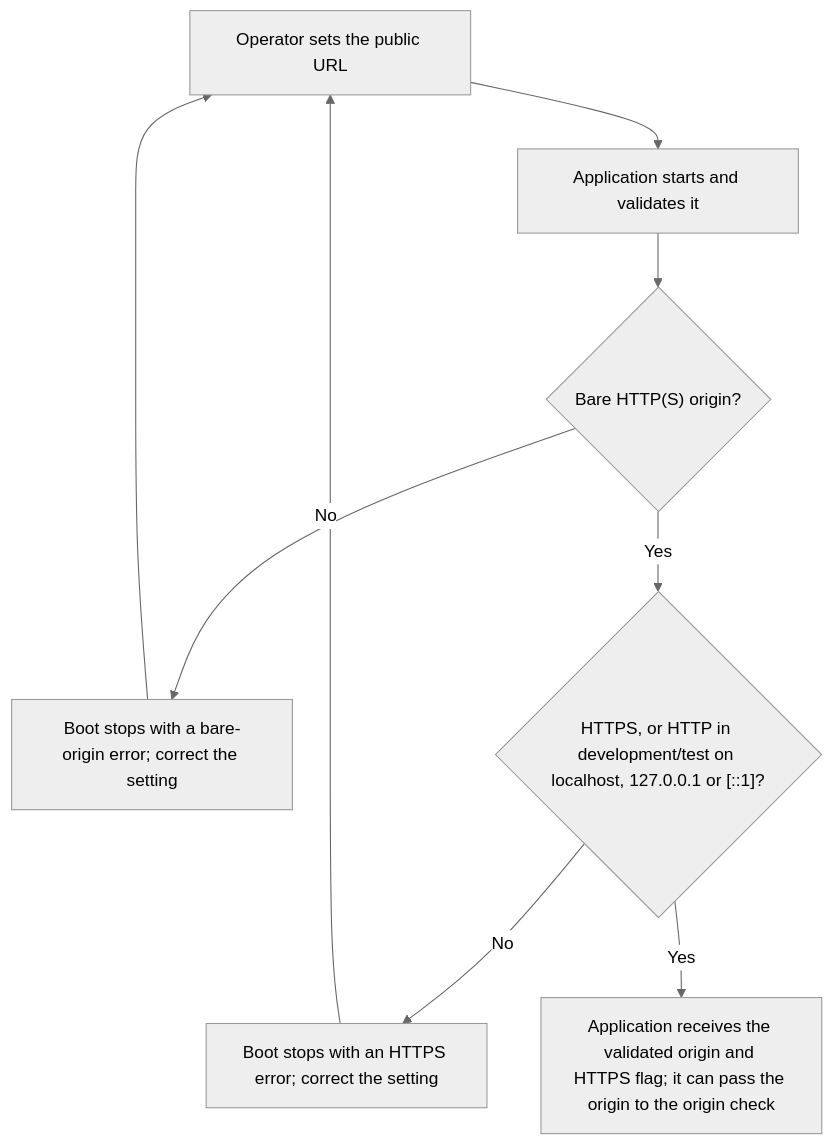
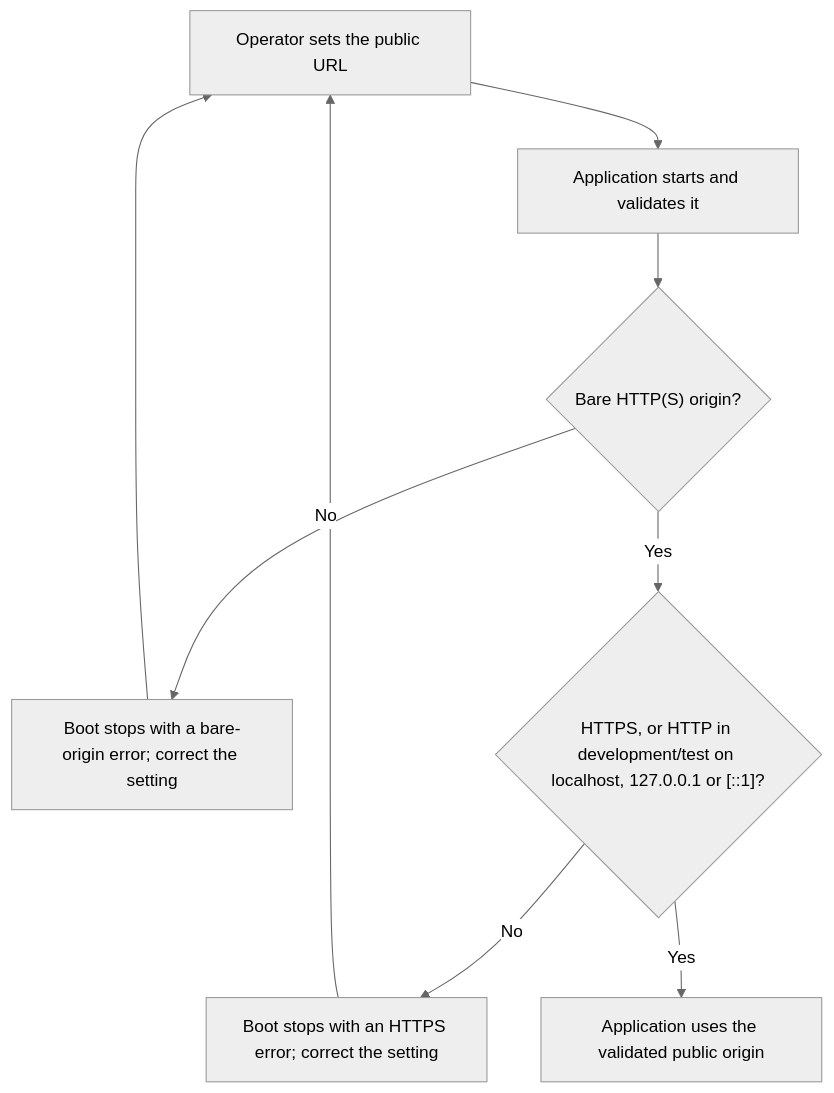
One commit to Kevinjohn/oss-adonisjs-origin-guard changed the first of 2 diagrams in user-stories/US-ORIGIN-02-validate-public-origin.md. Above: the diagram before and after it, drawn with Mermaid (neutral theme). The commit also changed other lines of this file and 39 other files, not shown here.

````diff
--- a/user-stories/US-ORIGIN-02-validate-public-origin.md
+++ b/user-stories/US-ORIGIN-02-validate-public-origin.md
@@ -30,11 +30,11 @@
 ```mermaid
 flowchart TD
     A["Operator sets the public URL"] --> B["Application starts and validates it"]
     B --> C{"Bare HTTP(S) origin?"}
     C -->|No| D["Boot stops with a bare-origin error; correct the setting"]
     C -->|Yes| E{"HTTPS, or HTTP in development/test on localhost, 127.0.0.1 or [::1]?"}
     E -->|No| F["Boot stops with an HTTPS error; correct the setting"]
-    E -->|Yes| G["Application receives the validated origin and HTTPS flag; it can pass the origin to the origin check"]
+    E -->|Yes| G["Application uses the validated public origin"]
     D --> A
     F --> A
 ```
````
